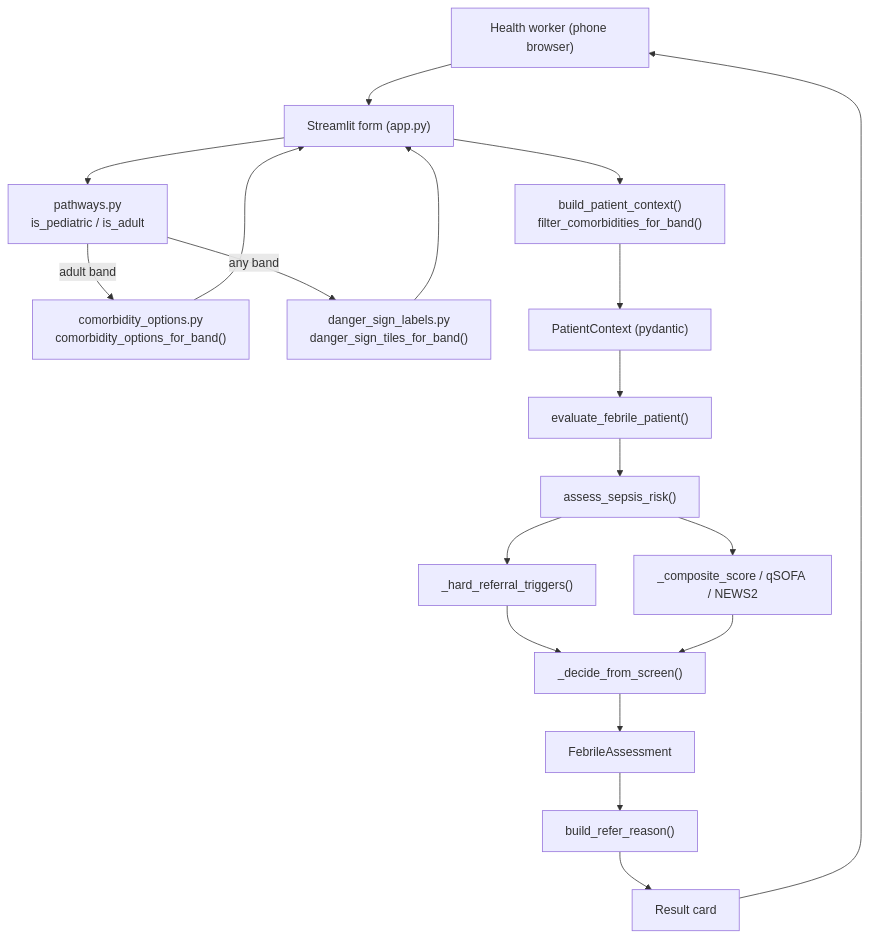
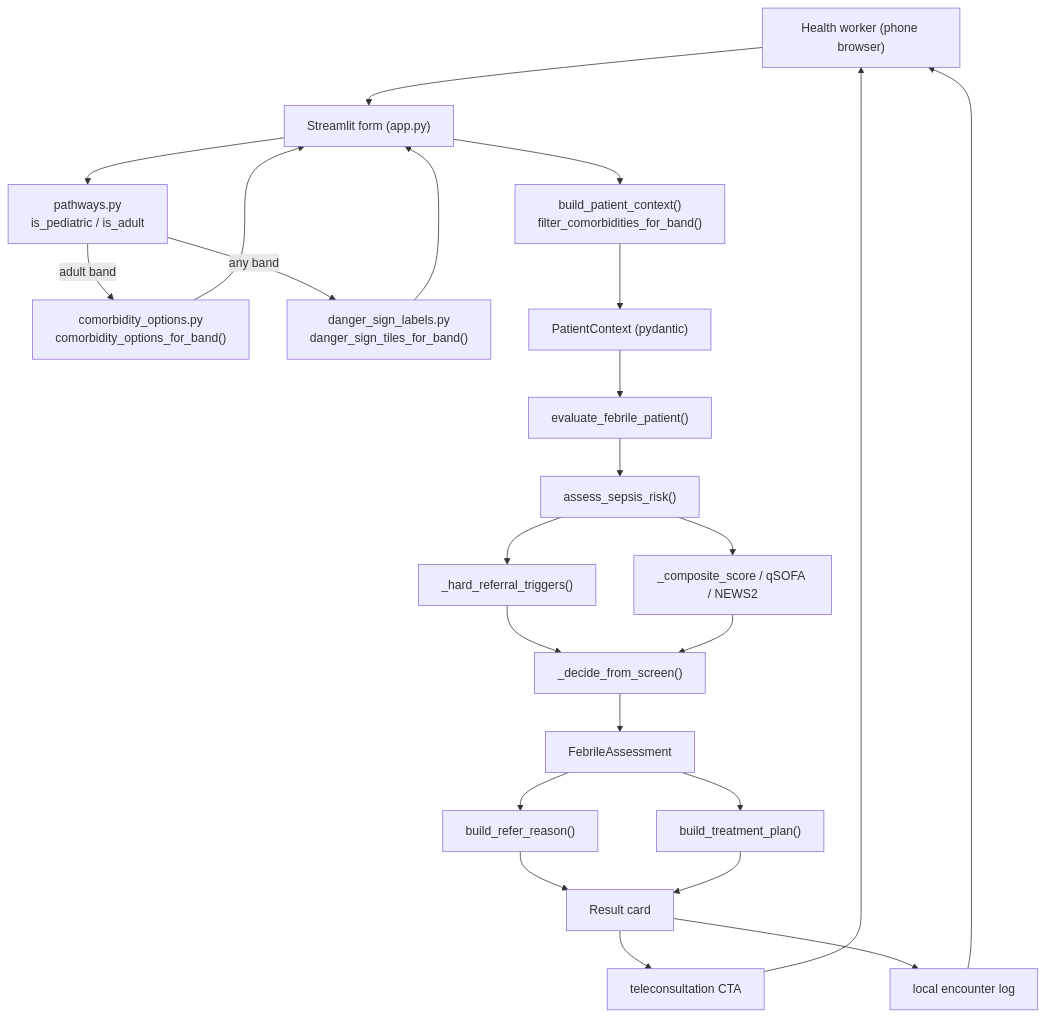
The diagram in engineering.md (gloryprospect39-blip/FEVER-Treat-or-Refer-), drawn with Mermaid before and after one commit. The commit also changed other lines of this file and 14 other files, not shown here.

First line of the commit message:
Add treatment plans, teleconsultation handoff, and local fever registry.

````diff
--- a/engineering.md
+++ b/engineering.md
@@ -44,37 +47,45 @@
 ```mermaid
 flowchart TD
     worker["Health worker (phone browser)"]
     form["Streamlit form (app.py)"]
     pathways["pathways.py\nis_pediatric / is_adult"]
     comorb["comorbidity_options.py\ncomorbidity_options_for_band()"]
     tiles["danger_sign_labels.py\ndanger_sign_tiles_for_band()"]
     builder["build_patient_context()\nfilter_comorbidities_for_band()"]
     ctx["PatientContext (pydantic)"]
     engine["evaluate_febrile_patient()"]
     screen["assess_sepsis_risk()"]
     hard["_hard_referral_triggers()"]
     score["_composite_score / qSOFA / NEWS2"]
     decide["_decide_from_screen()"]
     result["FebrileAssessment"]
     reason["build_refer_reason()"]
+    plan["build_treatment_plan()"]
+    tele["teleconsultation CTA"]
+    registry["local encounter log"]
     card["Result card"]
 
     worker --> form
     form --> pathways
     pathways -->|adult band| comorb
     pathways -->|any band| tiles
     comorb --> form
     tiles --> form
     form --> builder
     builder --> ctx
     ctx --> engine
     engine --> screen
     screen --> hard
     screen --> score
     hard --> decide
     score --> decide
     decide --> result
     result --> reason
+    result --> plan
     reason --> card
-    card --> worker
+    plan --> card
+    card --> tele
+    card --> registry
+    tele --> worker
+    registry --> worker
 ```
````
